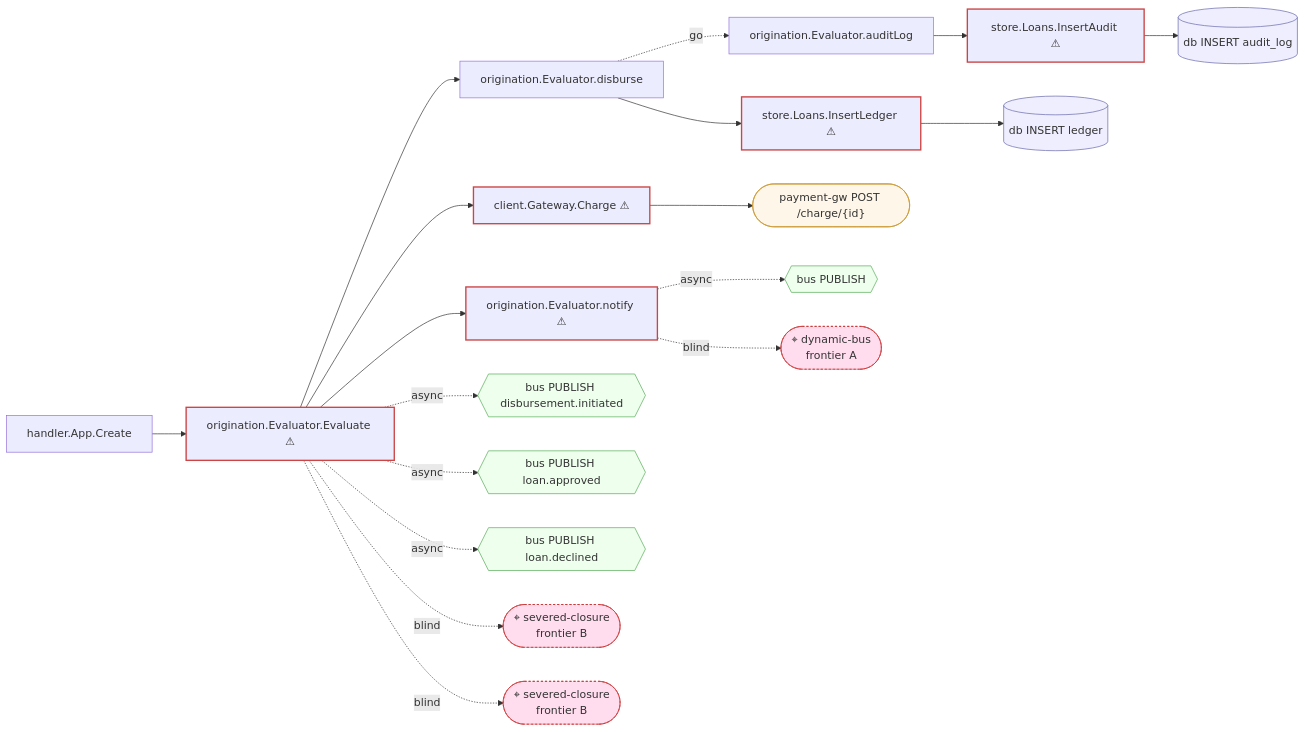
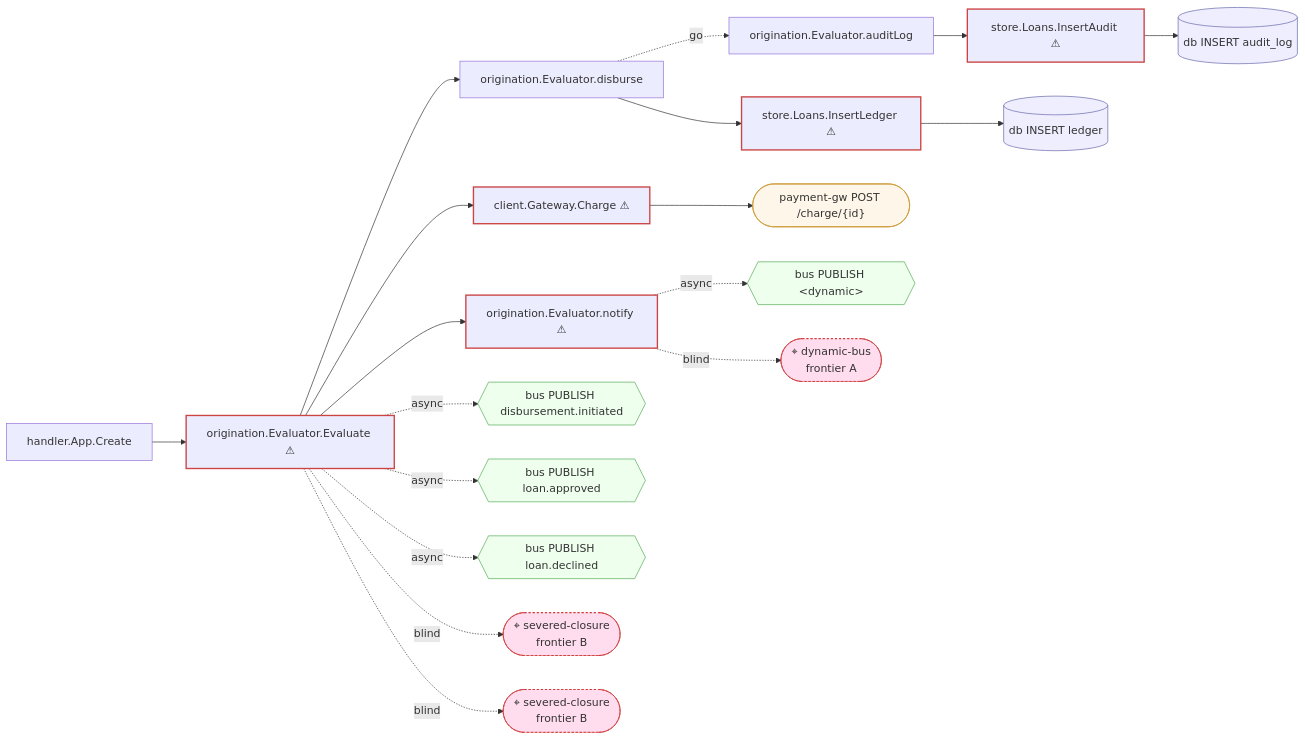
One commit to jyang234/verdi-go changed the diagram in testdata/groundwork/goldens/loansvc.post_loan_application.callgraph.md. Above: the diagram before and after it, drawn with Mermaid. The commit also changed 12 other files, not shown here.

````diff
--- a/testdata/groundwork/goldens/loansvc.post_loan_application.callgraph.md
+++ b/testdata/groundwork/goldens/loansvc.post_loan_application.callgraph.md
@@ -1,45 +1,45 @@
 ```mermaid
 flowchart LR
     %% static call graph — scope: POST /loan-application; algo: rta
     %% 3 first-party nodes above tier 2 hidden as plumbing; pass --show-plumbing to include
     client_Gateway_Charge["client.Gateway.Charge ⚠"]:::fallible
     handler_App_Create["handler.App.Create"]
     origination_Evaluator_Evaluate["origination.Evaluator.Evaluate ⚠"]:::fallible
     origination_Evaluator_auditLog["origination.Evaluator.auditLog"]
     origination_Evaluator_disburse["origination.Evaluator.disburse"]
     origination_Evaluator_notify["origination.Evaluator.notify ⚠"]:::fallible
     store_Loans_InsertAudit["store.Loans.InsertAudit ⚠"]:::fallible
     store_Loans_InsertLedger["store.Loans.InsertLedger ⚠"]:::fallible
     external_payment_gw_POST__charge__id_(["payment-gw POST /charge/{id}"]):::external
     bus_bus_PUBLISH_disbursement_initiated{{"bus PUBLISH disbursement.initiated"}}:::bus
     bus_bus_PUBLISH_loan_approved{{"bus PUBLISH loan.approved"}}:::bus
     bus_bus_PUBLISH_loan_declined{{"bus PUBLISH loan.declined"}}:::bus
-    bus_bus_PUBLISH__dynamic_{{"bus PUBLISH <dynamic>"}}:::bus
+    bus_bus_PUBLISH__dynamic_{{"bus PUBLISH &lt;dynamic&gt;"}}:::bus
     db_db_INSERT_audit_log[("db INSERT audit_log")]:::db
     db_db_INSERT_ledger[("db INSERT ledger")]:::db
     frontier_dynamic_bus(["⌖ dynamic-bus<br/>frontier A"]):::blind
     frontier_severed_closure(["⌖ severed-closure<br/>frontier B"]):::blind
-    frontier_severed_closure_2(["⌖ severed-closure<br/>frontier B"]):::blind
+    frontier_severed_closure1(["⌖ severed-closure<br/>frontier B"]):::blind
     client_Gateway_Charge --> external_payment_gw_POST__charge__id_
     handler_App_Create --> origination_Evaluator_Evaluate
     origination_Evaluator_Evaluate --> client_Gateway_Charge
     origination_Evaluator_Evaluate --> origination_Evaluator_disburse
     origination_Evaluator_Evaluate --> origination_Evaluator_notify
     origination_Evaluator_Evaluate -. async .-> bus_bus_PUBLISH_disbursement_initiated
     origination_Evaluator_Evaluate -. async .-> bus_bus_PUBLISH_loan_approved
     origination_Evaluator_Evaluate -. async .-> bus_bus_PUBLISH_loan_declined
     origination_Evaluator_auditLog --> store_Loans_InsertAudit
     origination_Evaluator_disburse -. go .-> origination_Evaluator_auditLog
     origination_Evaluator_disburse --> store_Loans_InsertLedger
     origination_Evaluator_notify -. async .-> bus_bus_PUBLISH__dynamic_
     store_Loans_InsertAudit --> db_db_INSERT_audit_log
     store_Loans_InsertLedger --> db_db_INSERT_ledger
     origination_Evaluator_notify -. blind .-> frontier_dynamic_bus
     origination_Evaluator_Evaluate -. blind .-> frontier_severed_closure
-    origination_Evaluator_Evaluate -. blind .-> frontier_severed_closure_2
+    origination_Evaluator_Evaluate -. blind .-> frontier_severed_closure1
     classDef fallible stroke:#c44,stroke-width:2px
     classDef db fill:#eef,stroke:#66a
     classDef bus fill:#efe,stroke:#5a5
     classDef external fill:#fef6e8,stroke:#c93
     classDef blind fill:#fde,stroke:#c33,stroke-dasharray:3 3
 ```
````
